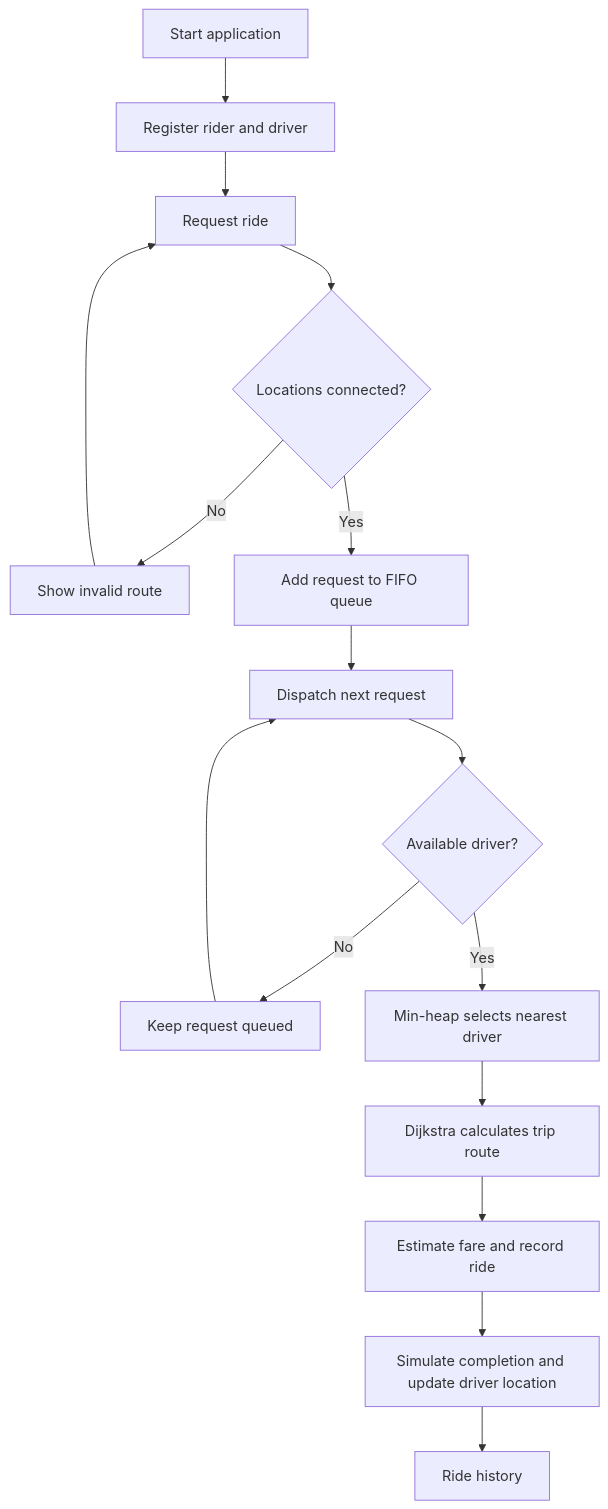
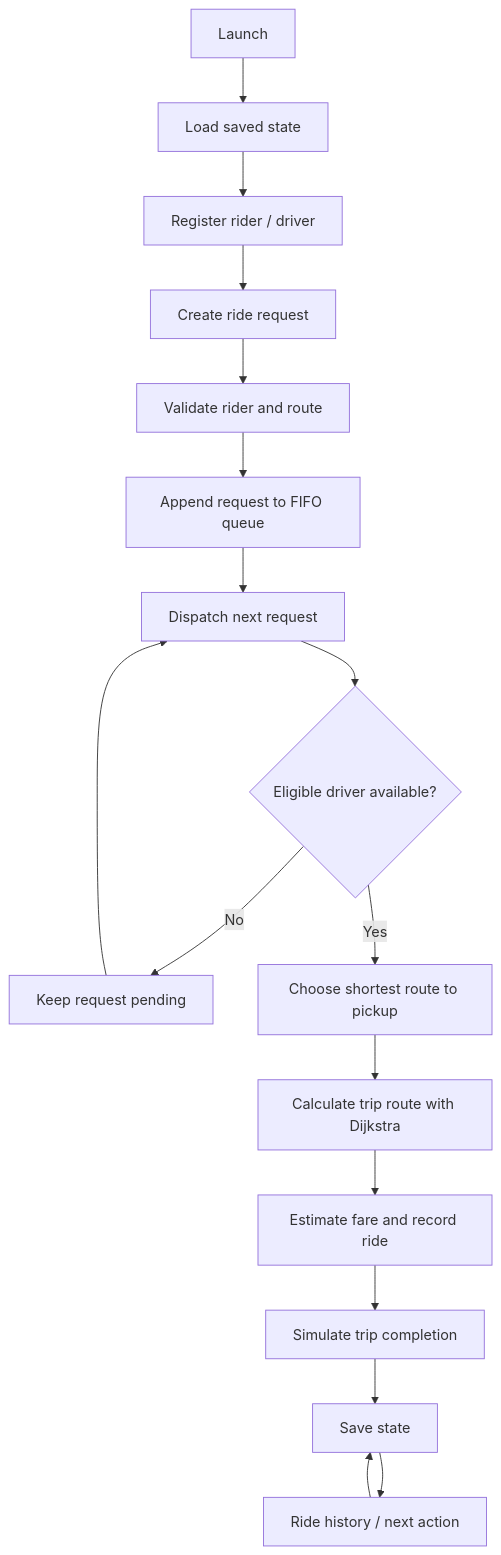
One commit to coolbandariya/Smart_bike_taxi_platform changed the diagram in README.md. Above: the diagram before and after it, drawn with Mermaid. The commit also changed other lines of this file, not shown here.

````diff
--- a/README.md
+++ b/README.md
@@ -22,18 +26,19 @@
 ```mermaid
 flowchart TD
-    A[Start application] --> B[Register rider and driver]
-    B --> C[Request ride]
-    C --> D{Locations connected?}
-    D -- No --> E[Show invalid route]
-    E --> C
-    D -- Yes --> F[Add request to FIFO queue]
+    A[Launch] --> B[Load saved state]
+    B --> C[Register rider / driver]
+    C --> D[Create ride request]
+    D --> E[Validate rider and route]
+    E --> F[Append request to FIFO queue]
     F --> G[Dispatch next request]
-    G --> H{Available driver?}
-    H -- No --> I[Keep request queued]
+    G --> H{Eligible driver available?}
+    H -- No --> I[Keep request pending]
     I --> G
-    H -- Yes --> J[Min-heap selects nearest driver]
-    J --> K[Dijkstra calculates trip route]
+    H -- Yes --> J[Choose shortest route to pickup]
+    J --> K[Calculate trip route with Dijkstra]
     K --> L[Estimate fare and record ride]
-    L --> M[Simulate completion and update driver location]
-    M --> N[Ride history]
+    L --> M[Simulate trip completion]
+    M --> N[Save state]
+    N --> O[Ride history / next action]
+    O --> N
 ```
````
